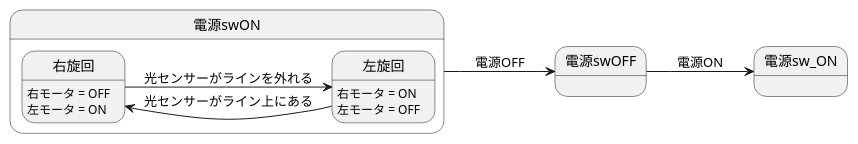
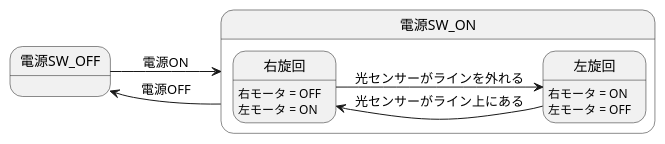
The diagram in 演習6-5-3_ステートマシン図_ライントレーサー.pu (Takhshi/uml-introduction), drawn with PlantUML before and after one commit.

Commit message:
演習6の修正

```diff
--- a/演習6-5-3_ステートマシン図_ライントレーサー.pu
+++ b/演習6-5-3_ステートマシン図_ライントレーサー.pu
@@ -1,14 +1,14 @@
 @startuml 演習6-4-5
 left to right direction
-state 電源swOFF
-state 電源swON {
+state 電源SW_OFF
+state 電源SW_ON {
     state 右旋回: 右モータ = OFF
     state 右旋回: 左モータ = ON
     state 左旋回: 右モータ = ON
     state 左旋回: 左モータ = OFF
 }
-電源swOFF --> 電源sw_ON: 電源ON
-電源swON --> 電源swOFF: 電源OFF
+電源SW_OFF --> 電源SW_ON: 電源ON
+電源SW_ON --> 電源SW_OFF: 電源OFF
 右旋回 --> 左旋回: 光センサーがラインを外れる
 左旋回 --> 右旋回: 光センサーがライン上にある
 @enduml
```
